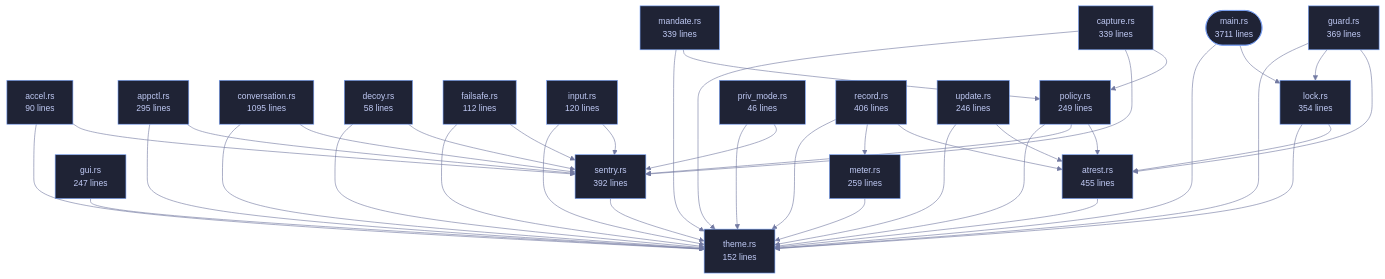
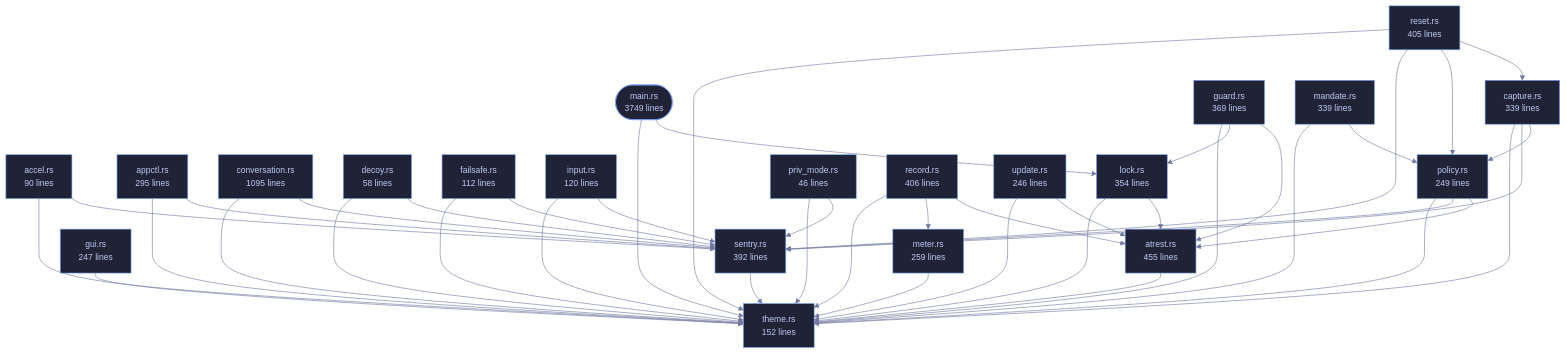
The diagram in crates/veilvoice-cli/README.md (tilas01/veilvoice), drawn with Mermaid before and after one commit. The commit also changed other lines of this file and 102 other files, not shown here.

````diff
--- a/crates/veilvoice-cli/README.md
+++ b/crates/veilvoice-cli/README.md
@@ -110,7 +110,7 @@
 ```mermaid
 %%{init: {"theme":"base","themeVariables":{"background":"#1a1b26","primaryColor":"#1f2335","primaryTextColor":"#c0caf5","primaryBorderColor":"#7aa2f7","secondaryColor":"#16161e","tertiaryColor":"#16161e","lineColor":"#737aa2","textColor":"#c0caf5","mainBkg":"#1f2335","nodeBorder":"#7aa2f7","clusterBkg":"#16161e","clusterBorder":"#2f3549","fontFamily":"ui-monospace, SFMono-Regular, Consolas, monospace","fontSize":"14px"}}}%%
 flowchart TD
-    n_main(["main.rs<br/>3711 lines"])
+    n_main(["main.rs<br/>3749 lines"])
     n_accel["accel.rs<br/>90 lines"]
     n_appctl["appctl.rs<br/>295 lines"]
     n_atrest["atrest.rs<br/>455 lines"]
@@ -127,6 +127,7 @@
     n_policy["policy.rs<br/>249 lines"]
     n_priv_mode["priv_mode.rs<br/>46 lines"]
     n_record["record.rs<br/>406 lines"]
+    n_reset["reset.rs<br/>405 lines"]
     n_sentry["sentry.rs<br/>392 lines"]
     n_theme["theme.rs<br/>152 lines"]
     n_update["update.rs<br/>246 lines"]
@@ -165,6 +166,10 @@
     n_record --> n_atrest
     n_record --> n_meter
     n_record --> n_theme
+    n_reset --> n_capture
+    n_reset --> n_policy
+    n_reset --> n_sentry
+    n_reset --> n_theme
     n_sentry --> n_theme
     n_update --> n_atrest
     n_update --> n_theme
@@ -185,6 +190,7 @@
     click n_policy href "https://github.com/tilas01/veilvoice/blob/main/crates/veilvoice-cli/src/policy.rs" "open the source"
     click n_priv_mode href "https://github.com/tilas01/veilvoice/blob/main/crates/veilvoice-cli/src/priv_mode.rs" "open the source"
     click n_record href "https://github.com/tilas01/veilvoice/blob/main/crates/veilvoice-cli/src/record.rs" "open the source"
+    click n_reset href "https://github.com/tilas01/veilvoice/blob/main/crates/veilvoice-cli/src/reset.rs" "open the source"
     click n_sentry href "https://github.com/tilas01/veilvoice/blob/main/crates/veilvoice-cli/src/sentry.rs" "open the source"
     click n_theme href "https://github.com/tilas01/veilvoice/blob/main/crates/veilvoice-cli/src/theme.rs" "open the source"
     click n_update href "https://github.com/tilas01/veilvoice/blob/main/crates/veilvoice-cli/src/update.rs" "open the source"
````
